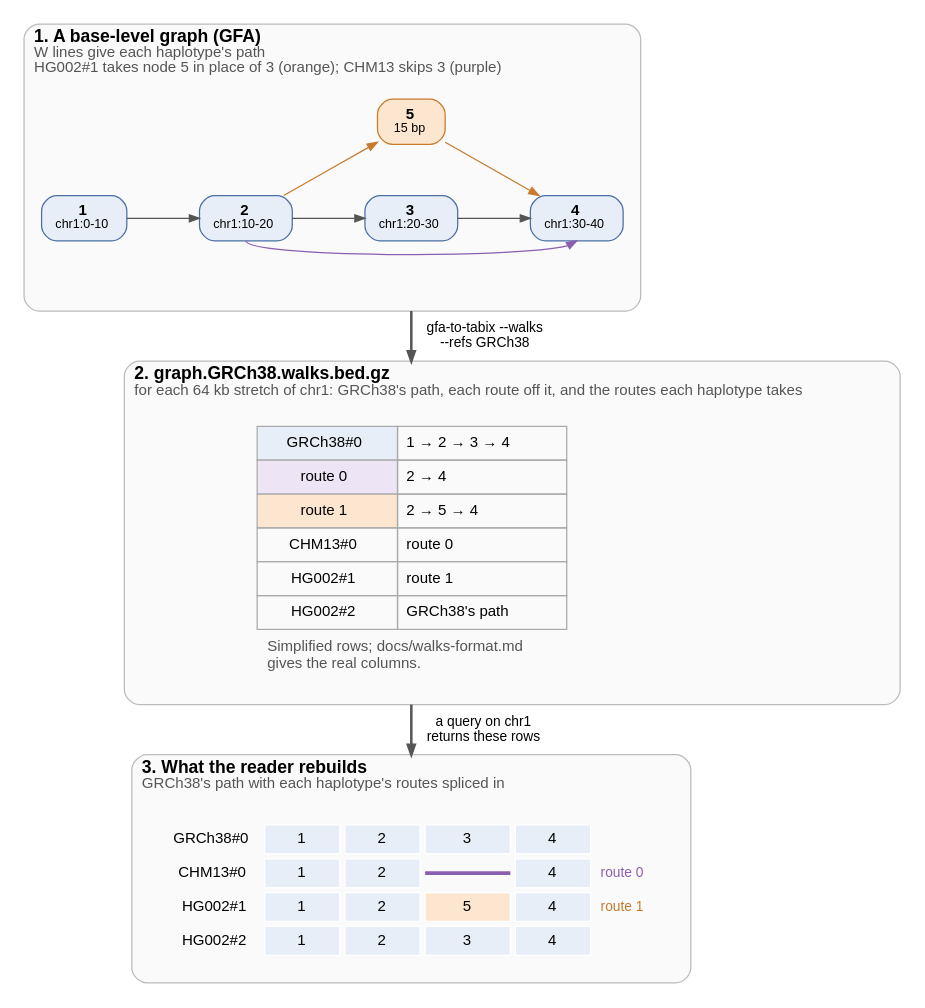
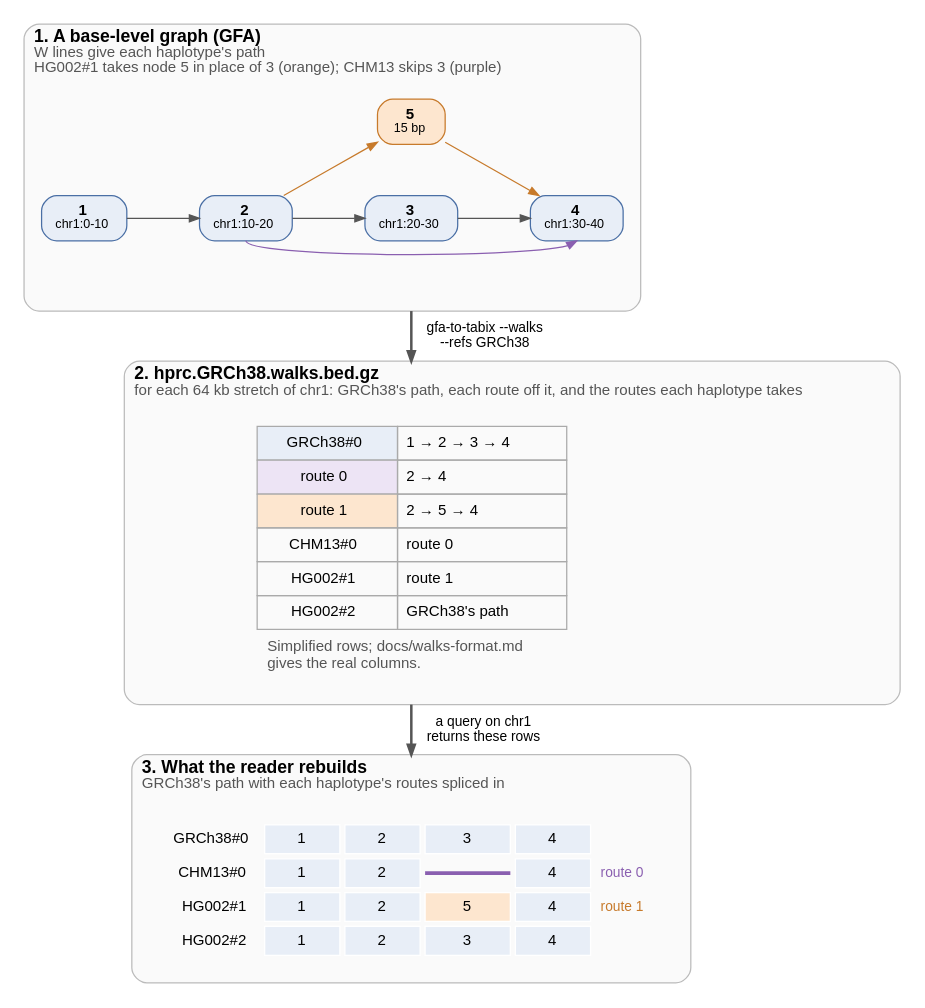
The diagram in docs/figures/walks.dot (GMOD/gfa-to-tabix), drawn with Graphviz before and after one commit. The commit also changed 7 other files, not shown here.

First line of the commit message:
Add an outputs figure to the README and name figure files hprc

```diff
--- a/docs/figures/walks.dot
+++ b/docs/figures/walks.dot
@@ -1,72 +1,72 @@
 // scripts/figures.py fills the marked rows from the tool's output and draws this figure
 digraph walks {
   bgcolor="white"
   fontname="Helvetica"
   newrank=true
   compound=true
   nodesep=0.4
   ranksep=0.55
   node [fontname="Helvetica", fontsize=12, shape=box, style="filled,rounded", fillcolor="#e8eef7", color="#4a6fa5", margin="0.15,0.06"]
   edge [fontname="Helvetica", fontsize=11, color="#555555", arrowsize=0.8]
 
   subgraph {
     graph [labeljust=l, fontsize=14, color="#bbbbbb", style="rounded,filled", fillcolor="#fafafa", margin=14]
 
     subgraph cluster_graph {
       label=<<B>1. A base-level graph (GFA)</B><BR ALIGN="LEFT"/><FONT POINT-SIZE="12" COLOR="#555555">W lines give each haplotype's path</FONT><BR ALIGN="LEFT"/><FONT POINT-SIZE="12" COLOR="#555555">HG002#1 takes node 5 in place of 3 (orange); CHM13 skips 3 (purple)</FONT><BR ALIGN="LEFT"/>>
       // begin graph
       n1 [label=<<B>1</B><BR/><FONT POINT-SIZE="10">chr1:0-10</FONT>>]
       n2 [label=<<B>2</B><BR/><FONT POINT-SIZE="10">chr1:10-20</FONT>>]
       n3 [label=<<B>3</B><BR/><FONT POINT-SIZE="10">chr1:20-30</FONT>>]
       n4 [label=<<B>4</B><BR/><FONT POINT-SIZE="10">chr1:30-40</FONT>>]
       n5 [label=<<B>5</B><BR/><FONT POINT-SIZE="10">15 bp</FONT>>, fillcolor="#fde6cf", color="#c77a2b"]
       {rank=same; n1; n2; n3; n4}
       n1 -> n2 [weight=20]
       n2 -> n3 [weight=20]
       n3 -> n4 [weight=20]
       n2 -> n5 [color="#c77a2b", constraint=false]
       n5 -> n4 [color="#c77a2b", constraint=false]
       n2:s -> n4:s [color="#8a5fb0", constraint=false]
       n5 -> n3 [style=invis, weight=20]
       nbelow [style=invis, label="", width=0, height=0]
       n3 -> nbelow [style=invis]
       // end graph
     }
 
     subgraph cluster_file {
       // begin label
-      label=<<B>2. graph.GRCh38.walks.bed.gz</B><BR ALIGN="LEFT"/><FONT POINT-SIZE="12" COLOR="#555555">for each 64 kb stretch of chr1: GRCh38's path, each route off it, and the routes each haplotype takes</FONT><BR ALIGN="LEFT"/>>
+      label=<<B>2. hprc.GRCh38.walks.bed.gz</B><BR ALIGN="LEFT"/><FONT POINT-SIZE="12" COLOR="#555555">for each 64 kb stretch of chr1: GRCh38's path, each route off it, and the routes each haplotype takes</FONT><BR ALIGN="LEFT"/>>
       // end label
       rows [shape=plaintext, style="", label=<
         <TABLE BORDER="0" CELLBORDER="0" CELLSPACING="0" CELLPADDING="0"><TR><TD><TABLE BORDER="0" CELLBORDER="1" CELLSPACING="0" CELLPADDING="6" COLOR="#aaaaaa">
           <!-- begin rows -->
           <TR><TD BGCOLOR="#e8eef7">GRCh38#0</TD><TD ALIGN="LEFT">1 → 2 → 3 → 4</TD></TR>
           <TR><TD BGCOLOR="#ede4f5">route 0</TD><TD ALIGN="LEFT">2 → 4</TD></TR>
           <TR><TD BGCOLOR="#fde6cf">route 1</TD><TD ALIGN="LEFT">2 → 5 → 4</TD></TR>
           <TR><TD>CHM13#0</TD><TD ALIGN="LEFT">route 0</TD></TR>
           <TR><TD>HG002#1</TD><TD ALIGN="LEFT">route 1</TD></TR>
           <TR><TD>HG002#2</TD><TD ALIGN="LEFT">GRCh38's path</TD></TR>
           <!-- end rows -->
         </TABLE></TD></TR>
         <TR><TD CELLPADDING="8" ALIGN="LEFT" BALIGN="LEFT"><FONT POINT-SIZE="12" COLOR="#555555">Simplified rows; docs/walks-format.md<BR/>gives the real columns.</FONT></TD></TR></TABLE>>]
     }
 
     subgraph cluster_rebuilt {
       label=<<B>3. What the reader rebuilds</B><BR ALIGN="LEFT"/><FONT POINT-SIZE="12" COLOR="#555555">GRCh38's path with each haplotype's routes spliced in</FONT><BR ALIGN="LEFT"/>>
       rebuilt [shape=plaintext, style="", label=<
         <TABLE BORDER="0" CELLBORDER="1" CELLSPACING="4" CELLPADDING="4" COLOR="#ffffff">
           <!-- begin rebuilt -->
           <TR><TD BORDER="0" ALIGN="RIGHT">GRCh38#0</TD><TD WIDTH="60" BGCOLOR="#e8eef7">1</TD><TD WIDTH="60" BGCOLOR="#e8eef7">2</TD><TD WIDTH="60" BGCOLOR="#e8eef7">3</TD><TD WIDTH="60" BGCOLOR="#e8eef7">4</TD><TD BORDER="0" ALIGN="LEFT"></TD></TR>
           <TR><TD BORDER="0" ALIGN="RIGHT">CHM13#0</TD><TD BGCOLOR="#e8eef7">1</TD><TD BGCOLOR="#e8eef7">2</TD><TD BORDER="0" CELLPADDING="0"><TABLE BORDER="0" CELLSPACING="0" CELLPADDING="0"><TR><TD FIXEDSIZE="TRUE" HEIGHT="3" WIDTH="68" BGCOLOR="#8a5fb0"></TD></TR></TABLE></TD><TD BGCOLOR="#e8eef7">4</TD><TD BORDER="0" ALIGN="LEFT"><FONT POINT-SIZE="11" COLOR="#8a5fb0">route 0</FONT></TD></TR>
           <TR><TD BORDER="0" ALIGN="RIGHT">HG002#1</TD><TD BGCOLOR="#e8eef7">1</TD><TD BGCOLOR="#e8eef7">2</TD><TD BGCOLOR="#fde6cf">5</TD><TD BGCOLOR="#e8eef7">4</TD><TD BORDER="0" ALIGN="LEFT"><FONT POINT-SIZE="11" COLOR="#c77a2b">route 1</FONT></TD></TR>
           <TR><TD BORDER="0" ALIGN="RIGHT">HG002#2</TD><TD BGCOLOR="#e8eef7">1</TD><TD BGCOLOR="#e8eef7">2</TD><TD BGCOLOR="#e8eef7">3</TD><TD BGCOLOR="#e8eef7">4</TD><TD BORDER="0" ALIGN="LEFT"></TD></TR>
           <!-- end rebuilt -->
         </TABLE>>]
     }
   }
 
   // begin arrows
   nbelow -> rows [ltail=cluster_graph, lhead=cluster_file, label="  gfa-to-tabix --walks\n  --refs GRCh38", penwidth=2]
   rows -> rebuilt [ltail=cluster_file, lhead=cluster_rebuilt, label="  a query on chr1\n  returns these rows", penwidth=2]
   // end arrows
 }
```
